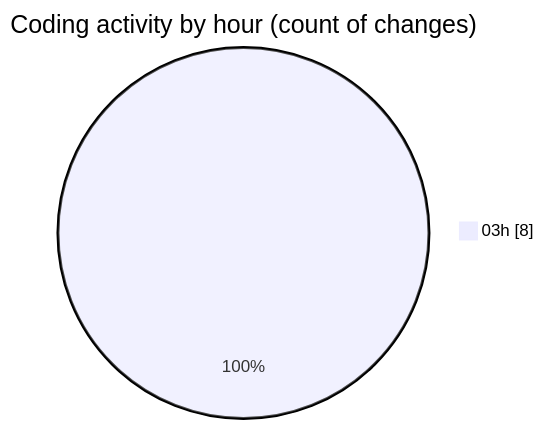
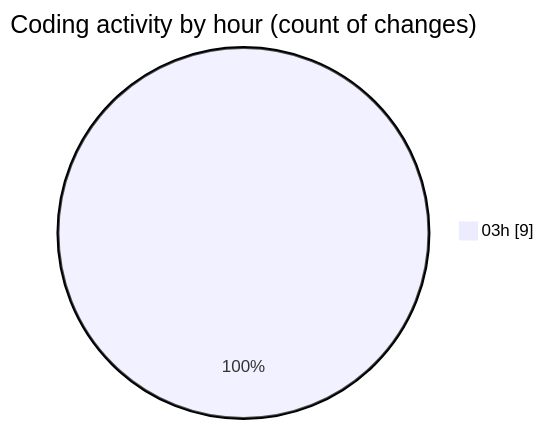
The second of 2 diagrams in 2025-10-30/eventscop-frontend-guide__workspace_/README.md (julien-gomy/code-tracking), drawn with Mermaid before and after one commit. The commit also changed other lines of this file and 1 other file, not shown here.

````diff
--- a/2025-10-30/eventscop-frontend-guide__workspace_/README.md
+++ b/2025-10-30/eventscop-frontend-guide__workspace_/README.md
@@ -31,5 +31,5 @@
 ```mermaid
 pie showData
 title Coding activity by hour (count of changes)
-"03h" : 8
+"03h" : 9
 ```
````
